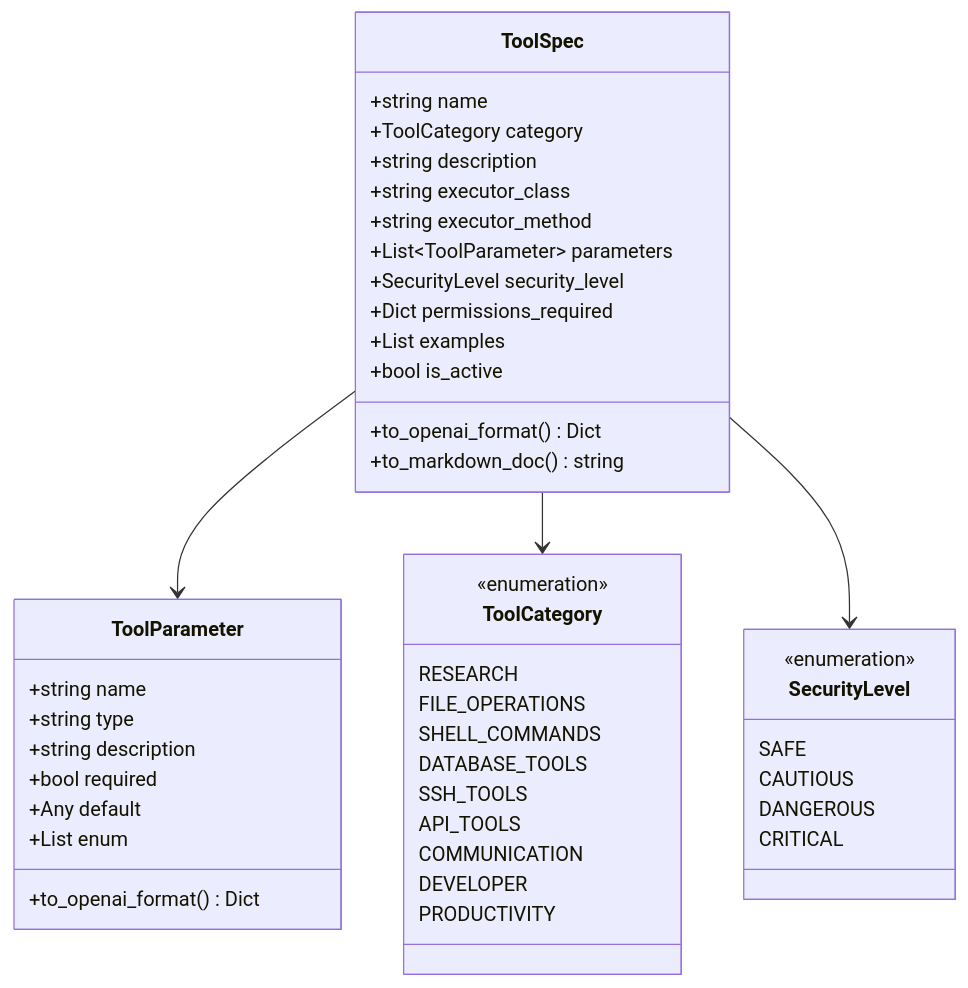
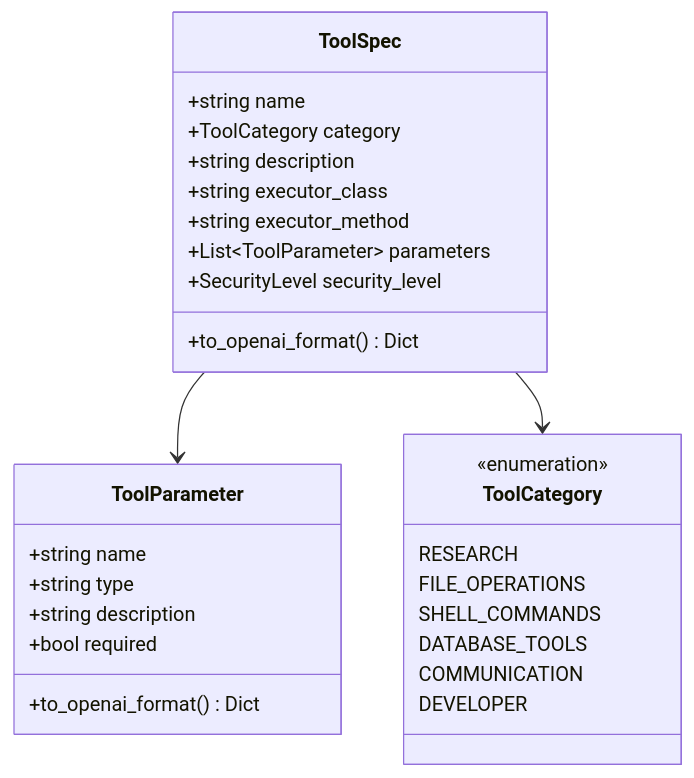
Before and after one commit to AutomatosAI/automatos-ai: the second of 4 diagrams in docs/tools-integrations/_index.md, drawn with Mermaid. The commit also changed other lines of this file and 149 other files, not shown here.

Commit message:
docs: refresh documentation with graphify semantic scan

````diff
--- a/docs/tools-integrations/_index.md
+++ b/docs/tools-integrations/_index.md
@@ -142,52 +119,34 @@
 ```mermaid
 classDiagram
     class ToolSpec {
         +string name
         +ToolCategory category
         +string description
         +string executor_class
         +string executor_method
         +List~ToolParameter~ parameters
         +SecurityLevel security_level
-        +Dict permissions_required
-        +List examples
-        +bool is_active
         +to_openai_format() Dict
-        +to_markdown_doc() string
     }
     
     class ToolParameter {
         +string name
         +string type
         +string description
         +bool required
-        +Any default
-        +List enum
         +to_openai_format() Dict
     }
     
     class ToolCategory {
         <<enumeration>>
         RESEARCH
         FILE_OPERATIONS
         SHELL_COMMANDS
         DATABASE_TOOLS
-        SSH_TOOLS
-        API_TOOLS
         COMMUNICATION
         DEVELOPER
-        PRODUCTIVITY
-    }
-    
-    class SecurityLevel {
-        <<enumeration>>
-        SAFE
-        CAUTIOUS
-        DANGEROUS
-        CRITICAL
     }
     
     ToolSpec --> ToolParameter
     ToolSpec --> ToolCategory
-    ToolSpec --> SecurityLevel
 ```
````
